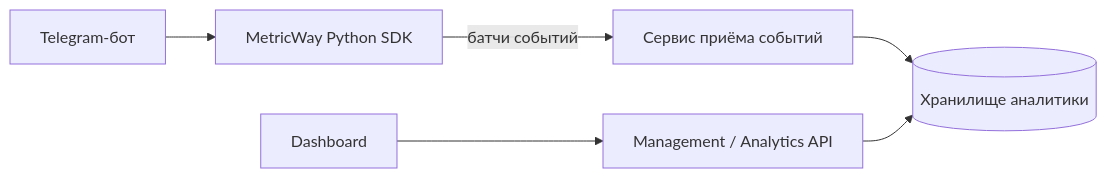
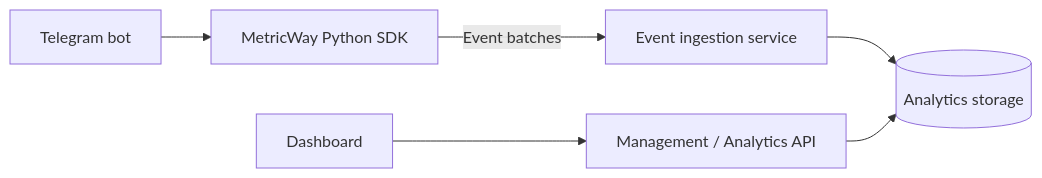
One commit to urlifeceo/metricway-architecture changed the diagram in README.md. Above: the diagram before and after it, drawn with Mermaid. The commit also changed other lines of this file, not shown here.

````diff
--- a/README.md
+++ b/README.md
@@ -9,15 +9,15 @@
 ```mermaid
 flowchart LR
-    BOT[Telegram-бот]
+    BOT[Telegram bot]
     SDK[MetricWay Python SDK]
-    INGEST[Сервис приёма событий]
-    ANALYTICS[(Хранилище аналитики)]
+    INGEST[Event ingestion service]
+    ANALYTICS[(Analytics storage)]
     API[Management / Analytics API]
     UI[Dashboard]
 
     BOT --> SDK
-    SDK -->|батчи событий| INGEST
+    SDK -->|Event batches| INGEST
     INGEST --> ANALYTICS
     UI --> API
     API --> ANALYTICS
 ```
````
